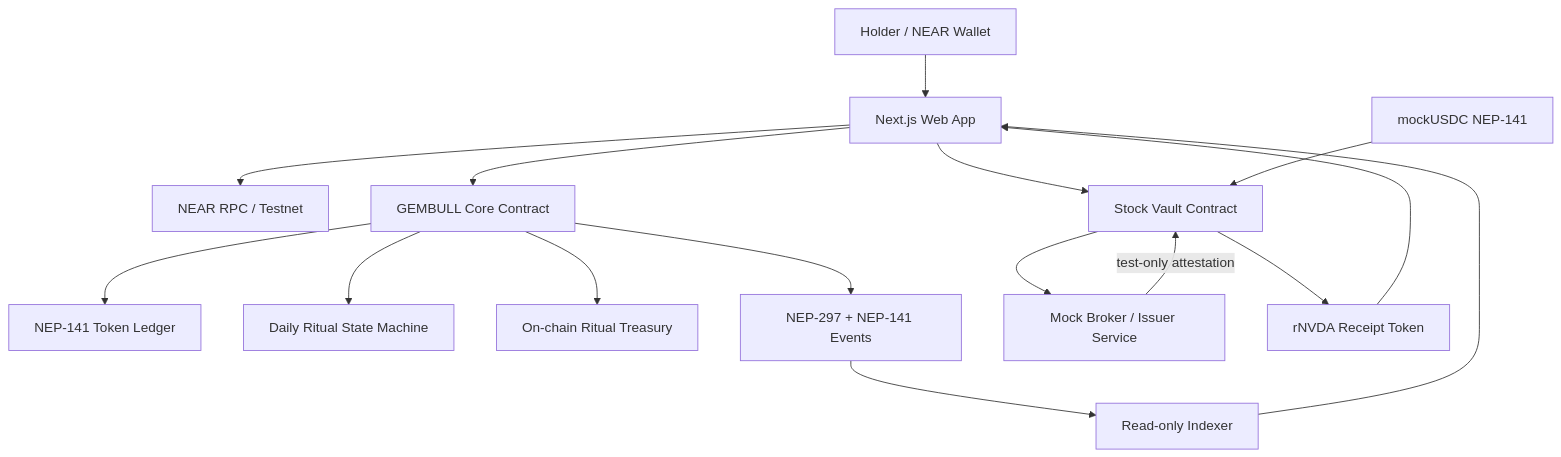
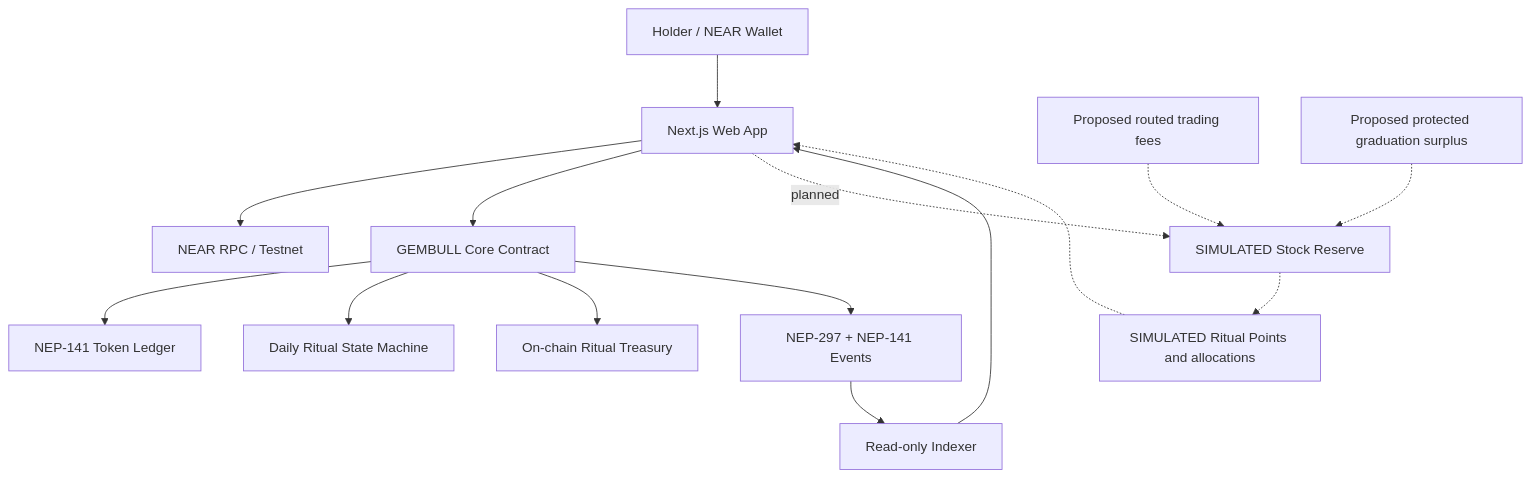
The first of 4 diagrams in docs/TECHNICAL_ARCHITECTURE.md (kikik27/gembull), drawn with Mermaid before and after one commit. The commit also changed other lines of this file and 25 other files, not shown here.

````diff
--- a/docs/TECHNICAL_ARCHITECTURE.md
+++ b/docs/TECHNICAL_ARCHITECTURE.md
@@ -13,18 +13,17 @@
 ```mermaid
 flowchart TD
     U[Holder / NEAR Wallet] --> FE[Next.js Web App]
     FE --> RPC[NEAR RPC / Testnet]
     FE --> CORE[GEMBULL Core Contract]
     CORE --> FT[NEP-141 Token Ledger]
     CORE --> RITUAL[Daily Ritual State Machine]
     CORE --> TR[On-chain Ritual Treasury]
     CORE --> EVT[NEP-297 + NEP-141 Events]
     EVT --> IDX[Read-only Indexer]
     IDX --> FE
-    FE --> SV[Stock Vault Contract]
-    MU[mockUSDC NEP-141] --> SV
-    SV --> MOCK[Mock Broker / Issuer Service]
-    MOCK -->|test-only attestation| SV
-    SV --> RT[rNVDA Receipt Token]
-    RT --> FE
+    FE -. planned .-> SV[SIMULATED Stock Reserve]
+    RF[Proposed routed trading fees] -.-> SV
+    GS[Proposed protected graduation surplus] -.-> SV
+    SV -.-> POINTS[SIMULATED Ritual Points and allocations]
+    POINTS -.-> FE
 ```
````
